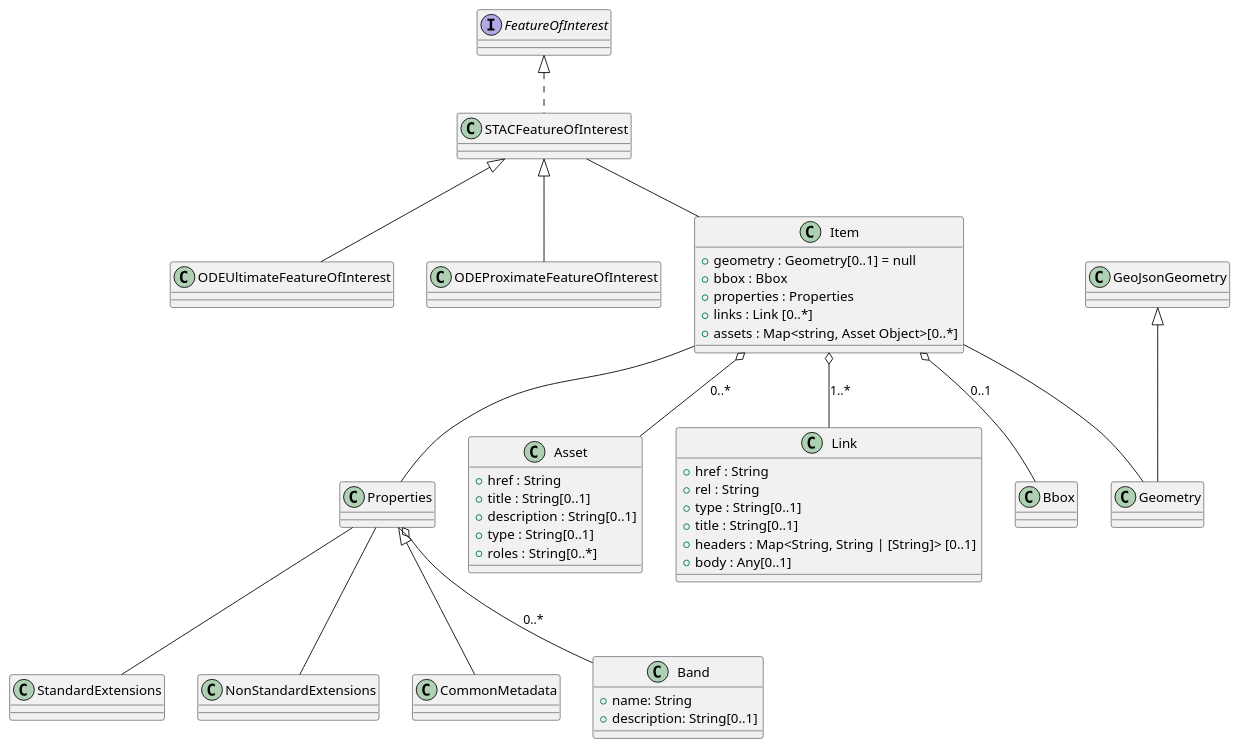
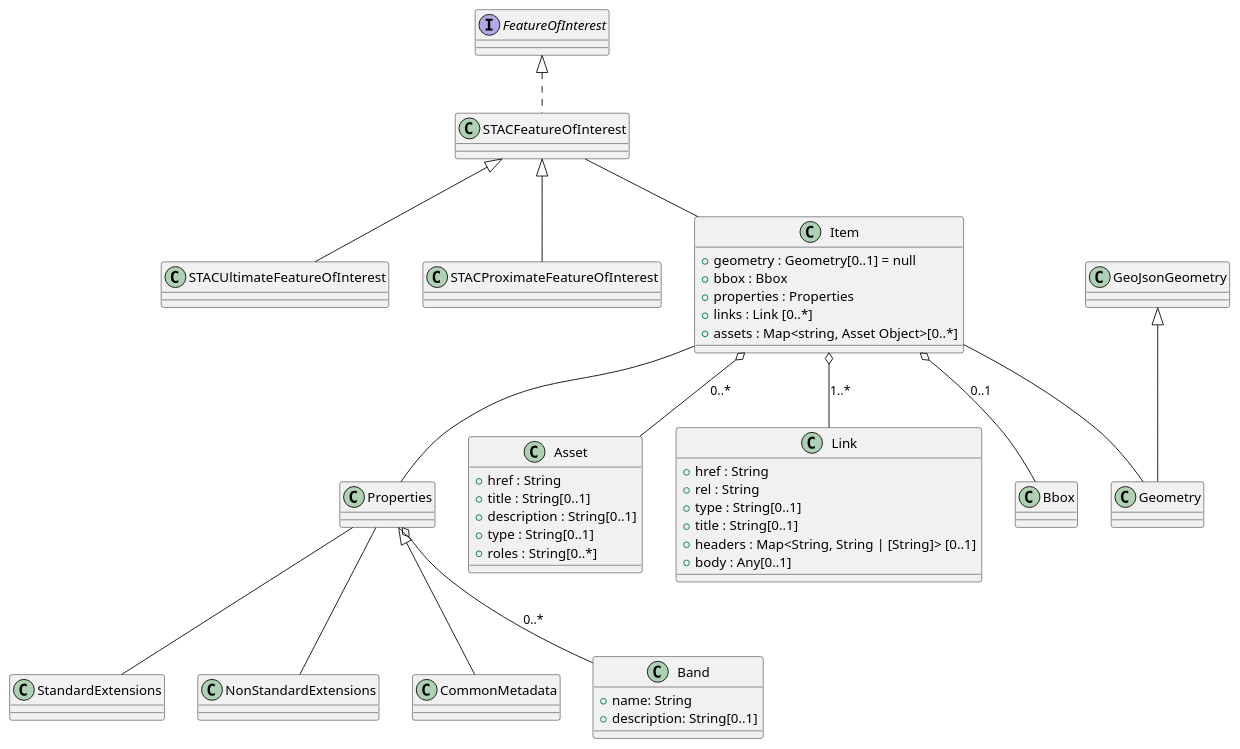
One commit to pdssp/pdssp_data_model changed the fifth of 9 diagrams in sections/063-stac.adoc. Above: the diagram before and after it, drawn with PlantUML. The commit also changed other lines of this file and 19 other files, not shown here.

```diff
--- a/sections/063-stac.adoc
+++ b/sections/063-stac.adoc
@@ -240,73 +240,73 @@
 [plantuml,stac-foi-class-diagram]
 ....
 @startuml
 interface FeatureOfInterest
 
-class ODEUltimateFeatureOfInterest
+class STACUltimateFeatureOfInterest
 
-class ODEProximateFeatureOfInterest
+class STACProximateFeatureOfInterest
 
 class STACFeatureOfInterest
 
 class Item {
   + geometry : Geometry[0..1] = null
   + bbox : Bbox
   + properties : Properties
   + links : Link [0..*]
   + assets : Map<string, Asset Object>[0..*]
 }
 
 class Bbox
 
 class GeoJsonGeometry
 
 class Geometry
 
 class Properties
 
 class StandardExtensions
 
 class NonStandardExtensions
 
 class CommonMetadata
 
 class Asset {
   + href : String
   + title : String[0..1]
   + description : String[0..1]
   + type : String[0..1]
   + roles : String[0..*]
 }
 
 class Link {
   + href : String
   + rel : String
   + type : String[0..1]
   + title : String[0..1]
   + headers : Map<String, String | [String]> [0..1]
   + body : Any[0..1]
 }
 
 class Band {
   + name: String
   + description: String[0..1]
 }
 
 FeatureOfInterest <|.. STACFeatureOfInterest
 
-STACFeatureOfInterest <|-- ODEUltimateFeatureOfInterest
-STACFeatureOfInterest <|-- ODEProximateFeatureOfInterest
+STACFeatureOfInterest <|-- STACUltimateFeatureOfInterest
+STACFeatureOfInterest <|-- STACProximateFeatureOfInterest
 
 STACFeatureOfInterest -- Item
 Item -- Properties
 Item o-- Asset : 0..*
 Item o-- Bbox : 0..1
 Item o-- Link : 1..*
 Properties <|-- CommonMetadata
 Properties -- StandardExtensions
 Properties -- NonStandardExtensions
 Properties o-- Band : 0..*
 Item -- Geometry
 GeoJsonGeometry <|-- Geometry
 @enduml
 ....
```
